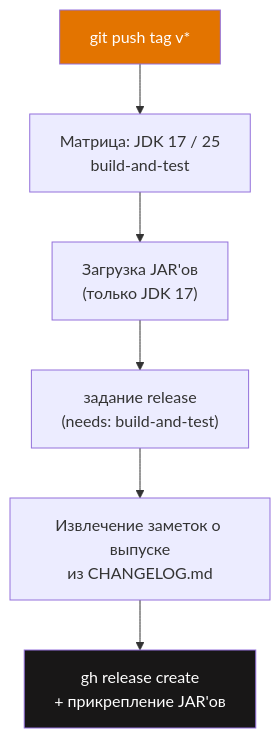
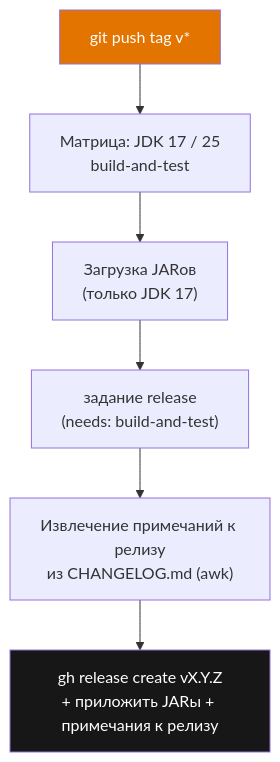
The second of 3 diagrams in docs/ru/07-ci-cd.md (ioplane/mutaktor), drawn with Mermaid before and after one commit. The commit also changed other lines of this file and 13 other files, not shown here.

````diff
--- a/docs/ru/07-ci-cd.md
+++ b/docs/ru/07-ci-cd.md
@@ -171,11 +165,11 @@
 ```mermaid
 graph TD
     tag["git push tag v*"] --> matrix2["Матрица: JDK 17 / 25\nbuild-and-test"]
-    matrix2 --> jar["Загрузка JAR'ов\n(только JDK 17)"]
+    matrix2 --> jar["Загрузка JARов\n(только JDK 17)"]
     jar --> rel["задание release\n(needs: build-and-test)"]
-    rel --> notes["Извлечение заметок о выпуске\nиз CHANGELOG.md"]
-    notes --> ghrel["gh release create\n+ прикрепление JAR'ов"]
+    rel --> notes["Извлечение примечаний к релизу\nиз CHANGELOG.md (awk)"]
+    notes --> ghrel["gh release create vX.Y.Z\n+ приложить JARы + примечания к релизу"]
 
     style tag fill:#e37400,color:#fff
     style ghrel fill:#181717,color:#fff
 ```
````
